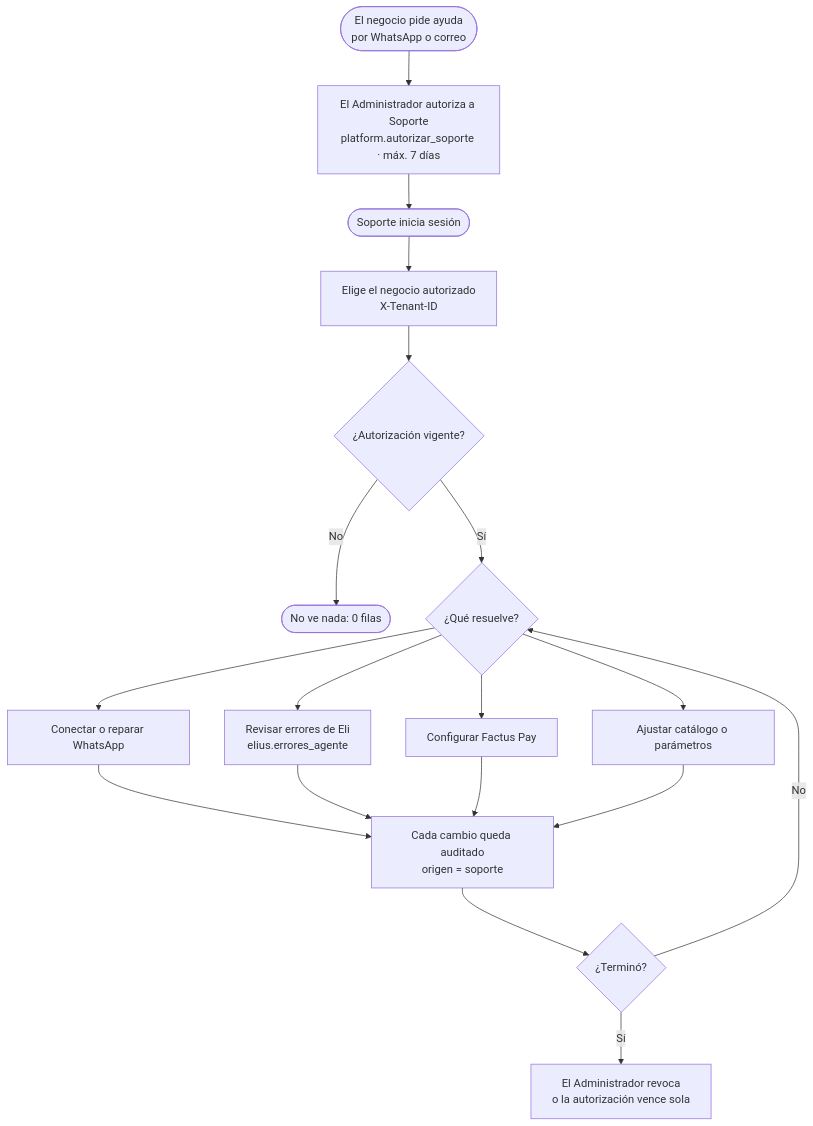
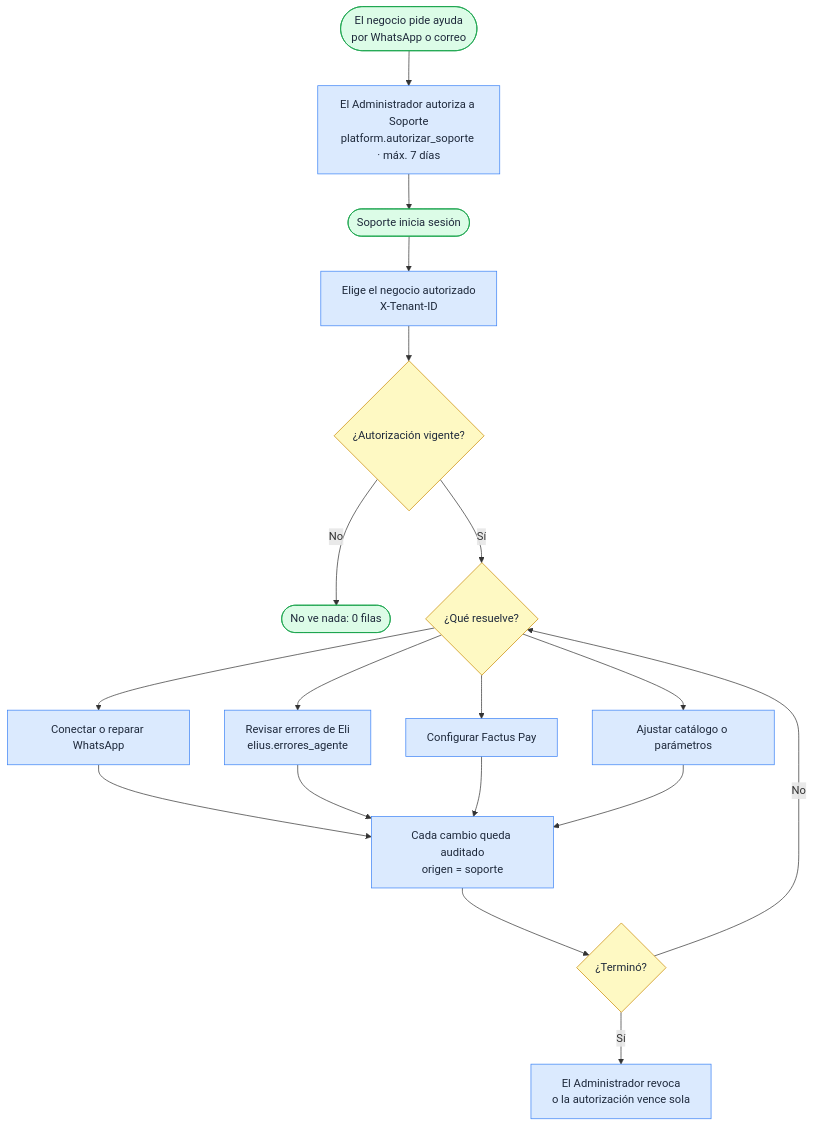
The second of 2 diagrams in docs/03_flujos_usuario/01_panel_plataforma.md (svzapatac/Elius), drawn with Mermaid before and after one commit. The commit also changed other lines of this file and 46 other files, not shown here.

````diff
--- a/docs/03_flujos_usuario/01_panel_plataforma.md
+++ b/docs/03_flujos_usuario/01_panel_plataforma.md
@@ -24,20 +29,25 @@
 ```mermaid
 flowchart TD
   A([El negocio pide ayuda<br/>por WhatsApp o correo]) --> B[El Administrador autoriza a Soporte<br/>platform.autorizar_soporte · máx. 7 días]
   B --> C([Soporte inicia sesión])
   C --> D[Elige el negocio autorizado<br/>X-Tenant-ID]
   D --> E{¿Autorización vigente?}
   E -- No --> F([No ve nada: 0 filas])
   E -- Sí --> G{¿Qué resuelve?}
   G --> H[Conectar o reparar WhatsApp]
   G --> I[Revisar errores de Eli<br/>elius.errores_agente]
   G --> J[Configurar Factus Pay]
   G --> K[Ajustar catálogo o parámetros]
   H --> L[Cada cambio queda auditado<br/>origen = soporte]
   I --> L
   J --> L
   K --> L
   L --> M{¿Terminó?}
   M -- Sí --> N[El Administrador revoca<br/>o la autorización vence sola]
   M -- No --> G
+  classDef default fill:#dbeafe,stroke:#3b82f6,color:#1e293b
+  classDef dec fill:#fef9c3,stroke:#ca8a04,color:#1e293b
+  classDef ok fill:#dcfce7,stroke:#16a34a,color:#1e293b
+  class E,G,M dec
+  class A,C,F ok
 ```
````
